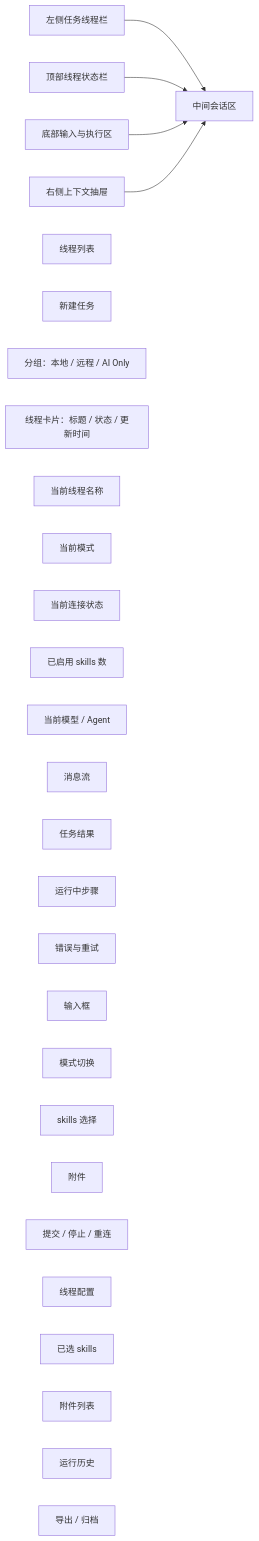
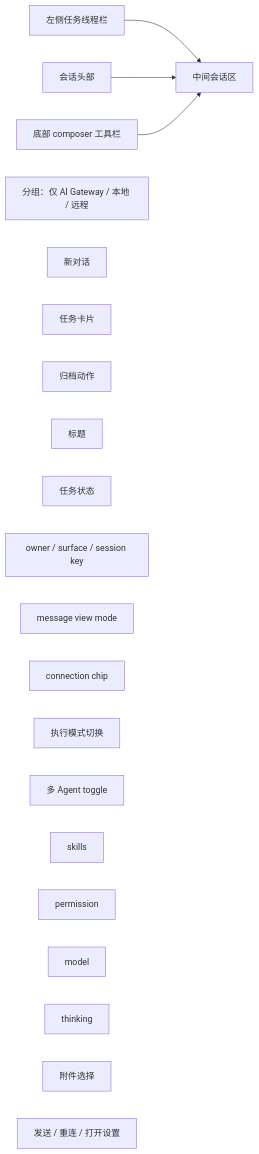
The diagram in docs/architecture/assistant-thread-information-architecture.md (ai-workspace-lab/xworkmate-app), drawn with Mermaid before and after one commit. The commit also changed other lines of this file and 4 other files, not shown here.

Commit message:
docs: clarify architecture baselines

````diff
--- a/docs/architecture/assistant-thread-information-architecture.md
+++ b/docs/architecture/assistant-thread-information-architecture.md
@@ -27,35 +34,26 @@
 ```mermaid
 flowchart LR
   A["左侧任务线程栏"] --> B["中间会话区"]
-  C["顶部线程状态栏"] --> B
-  D["底部输入与执行区"] --> B
-  E["右侧上下文抽屉"] --> B
+  C["会话头部"] --> B
+  D["底部 composer 工具栏"] --> B
 
-  A1["线程列表"]
-  A2["新建任务"]
-  A3["分组：本地 / 远程 / AI Only"]
-  A4["线程卡片：标题 / 状态 / 更新时间"]
+  A1["分组：仅 AI Gateway / 本地 / 远程"]
+  A2["新对话"]
+  A3["任务卡片"]
+  A4["归档动作"]
 
-  C1["当前线程名称"]
-  C2["当前模式"]
-  C3["当前连接状态"]
-  C4["已启用 skills 数"]
-  C5["当前模型 / Agent"]
+  C1["标题"]
+  C2["任务状态"]
+  C3["owner / surface / session key"]
+  C4["message view mode"]
+  C5["connection chip"]
 
-  B1["消息流"]
-  B2["任务结果"]
-  B3["运行中步骤"]
-  B4["错误与重试"]
-
-  D1["输入框"]
-  D2["模式切换"]
-  D3["skills 选择"]
-  D4["附件"]
-  D5["提交 / 停止 / 重连"]
-
-  E1["线程配置"]
-  E2["已选 skills"]
-  E3["附件列表"]
-  E4["运行历史"]
-  E5["导出 / 归档"]
+  D1["执行模式切换"]
+  D2["多 Agent toggle"]
+  D3["skills"]
+  D4["permission"]
+  D5["model"]
+  D6["thinking"]
+  D7["附件选择"]
+  D8["发送 / 重连 / 打开设置"]
 ```
````
